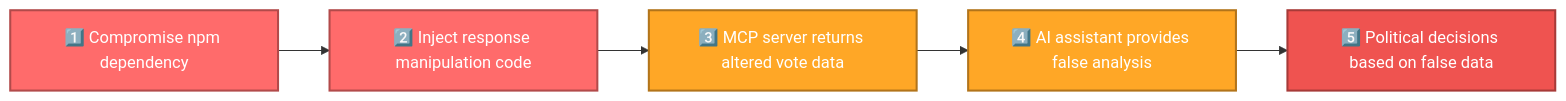
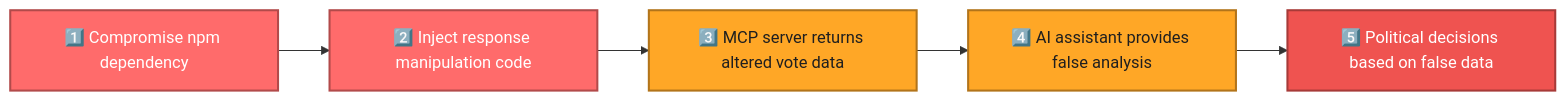
The sixth of 21 diagrams in THREAT_MODEL.md (Hack23/European-Parliament-MCP-Server), drawn with Mermaid before and after one commit. The commit also changed other lines of this file and 6 other files, not shown here.

````diff
--- a/THREAT_MODEL.md
+++ b/THREAT_MODEL.md
@@ -805,23 +805,23 @@
 ```mermaid
 graph LR
     A[1️⃣ Compromise npm dependency] --> B[2️⃣ Inject response manipulation code]
     B --> C[3️⃣ MCP server returns altered vote data]
     C --> D[4️⃣ AI assistant provides false analysis]
     D --> E[5️⃣ Political decisions based on false data]
     
     style A fill:#ff6b6b,stroke:#b24a4a,stroke-width:2px,color:#ffffff
 
 
     style B fill:#ff6b6b,stroke:#b24a4a,stroke-width:2px,color:#ffffff
 
 
-    style C fill:#ffa726,stroke:#b2741a,stroke-width:2px,color:#ffffff
+    style C fill:#ffa726,stroke:#b2741a,stroke-width:2px,color:#1f1f1f
 
 
-    style D fill:#ffa726,stroke:#b2741a,stroke-width:2px,color:#ffffff
+    style D fill:#ffa726,stroke:#b2741a,stroke-width:2px,color:#1f1f1f
 
 
     style E fill:#ef5350,stroke:#a73a38,stroke-width:2px,color:#ffffff
 
 
 ```
````
